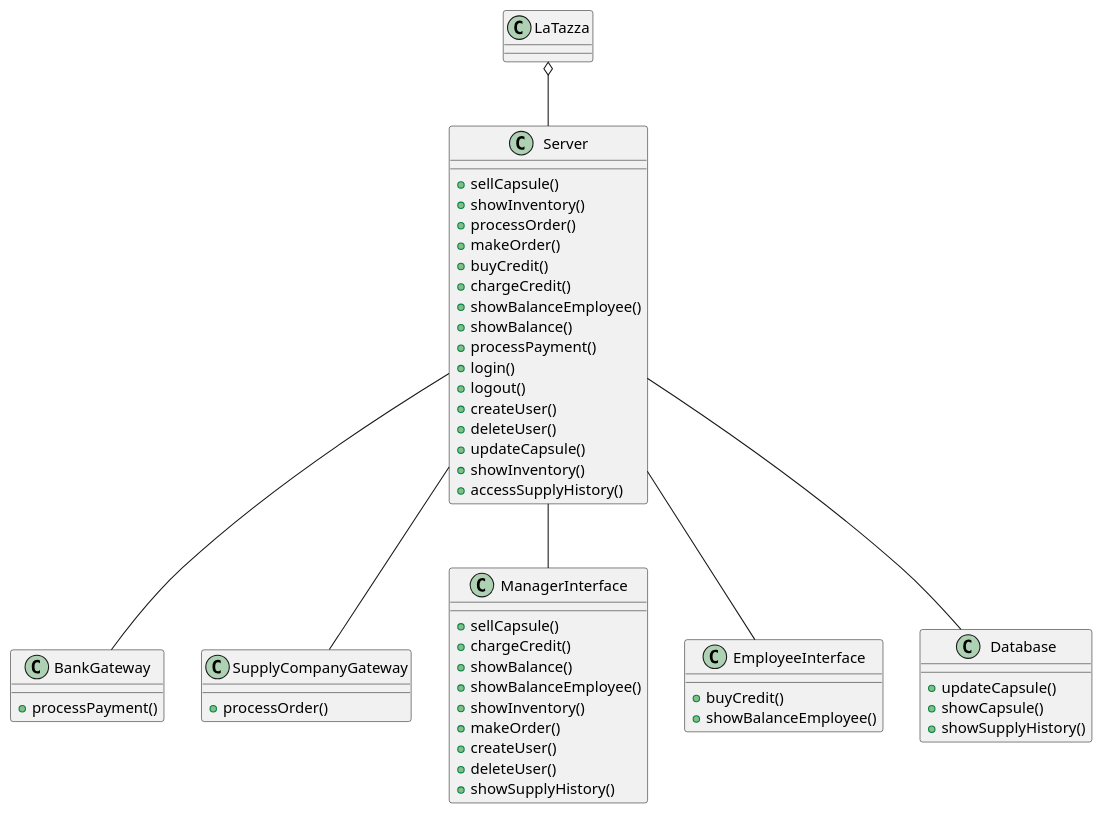
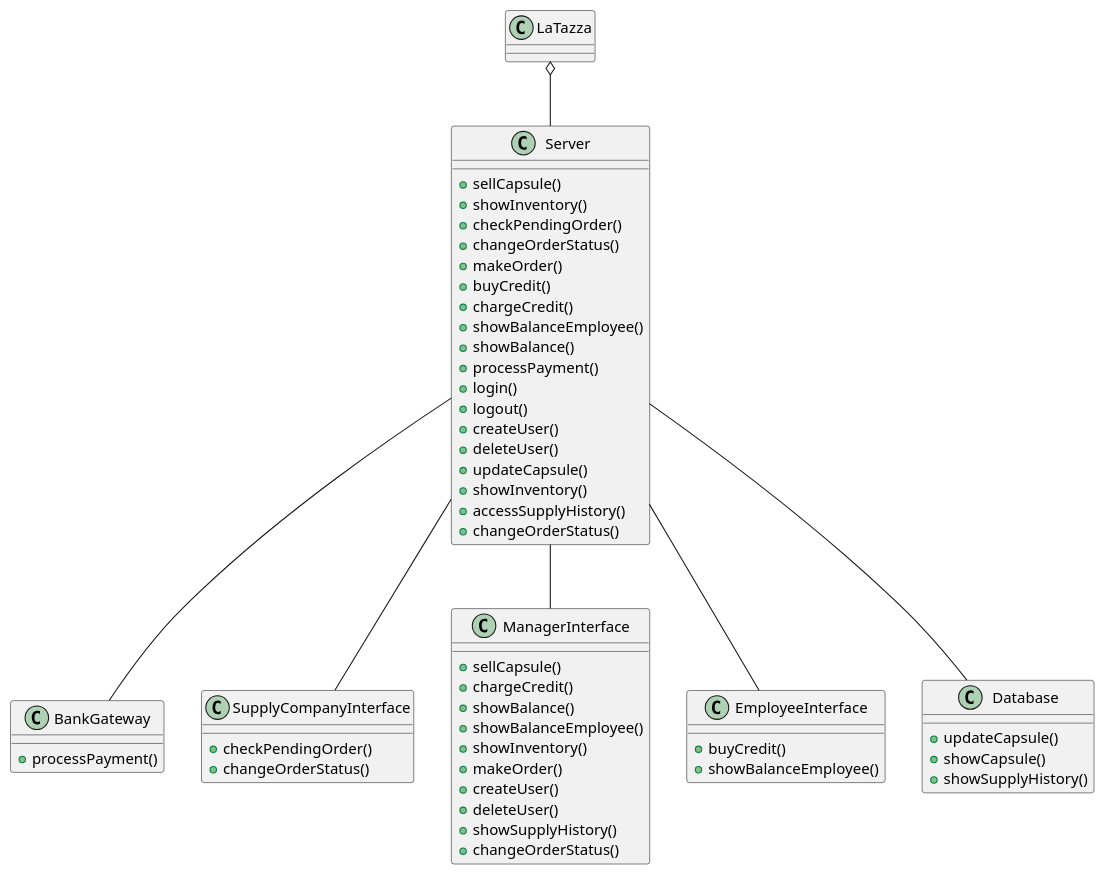
The fourth of 4 diagrams in Project/Requirements/RequirementDocument.md (roypaulin/laTazza), drawn with PlantUML before and after one commit.

Commit message:
update System Design

````diff
--- a/Project/Requirements/RequirementDocument.md
+++ b/Project/Requirements/RequirementDocument.md
@@ -398,68 +398,73 @@
 ```plantuml
 class LaTazza{
 
 }
 
 class Server{
-  /' management Capsule '/
-  +sellCapsule()
-  +showInventory()
-  /' SupplyCompany related functions '/
-  +processOrder()
-  +makeOrder()
-  /' management Credit '/
-  +buyCredit()
-  +chargeCredit()
-  +showBalanceEmployee()
-  /' LaTazza balance'/
-  +showBalance()
-  /' BankingSystem related functions '/
-  +processPayment()
-  +login()
-  +logout()
-  +createUser()
-  +deleteUser()
-  +updateCapsule()
-  +showInventory()
-  +accessSupplyHistory()
+/' management Capsule '/
++sellCapsule()
++showInventory()
+/' SupplyCompany related functions '/
++checkPendingOrder()
++changeOrderStatus()
++makeOrder()
+/' management Credit '/
++buyCredit()
++chargeCredit()
++showBalanceEmployee()
+/' LaTazza balance'/
++showBalance()
+/' BankingSystem related functions '/
++processPayment()
++login()
++logout()
++createUser()
++deleteUser()
++updateCapsule()
++showInventory()
++accessSupplyHistory()
++changeOrderStatus()
 }
 
 class BankGateway{
-  +processPayment()
++processPayment()
 }
 
-class SupplyCompanyGateway{
-  +processOrder()
+class SupplyCompanyInterface{
++checkPendingOrder()
++changeOrderStatus()
 }
 
 class ManagerInterface{
-  +sellCapsule()
-  +chargeCredit()
-  +showBalance()
-  +showBalanceEmployee()
-  +showInventory()
-  +makeOrder()
-  +createUser()
-  +deleteUser()
-  +showSupplyHistory()
++sellCapsule()
++chargeCredit()
++showBalance()
++showBalanceEmployee()
++showInventory()
++makeOrder()
++createUser()
++deleteUser()
++showSupplyHistory()
++changeOrderStatus()
 }
 
 class EmployeeInterface{
-  +buyCredit()
-  +showBalanceEmployee()
++buyCredit()
++showBalanceEmployee()
 }
 
 class Database{
-  +updateCapsule()
-  +showCapsule()
-  +showSupplyHistory()
++updateCapsule()
++showCapsule()
++showSupplyHistory()
 }
 
 
 LaTazza o--  Server
 Server -- BankGateway
 Server -- ManagerInterface
 Server -- EmployeeInterface
-Server -- SupplyCompanyGateway
+Server -- SupplyCompanyInterface
 Server -- Database
+
 ```
````
